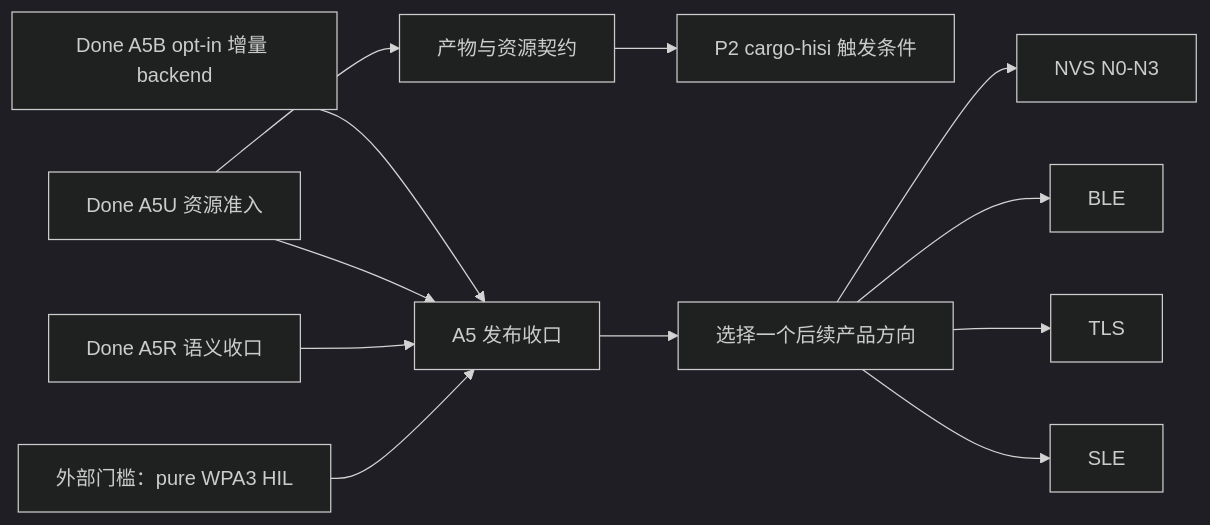
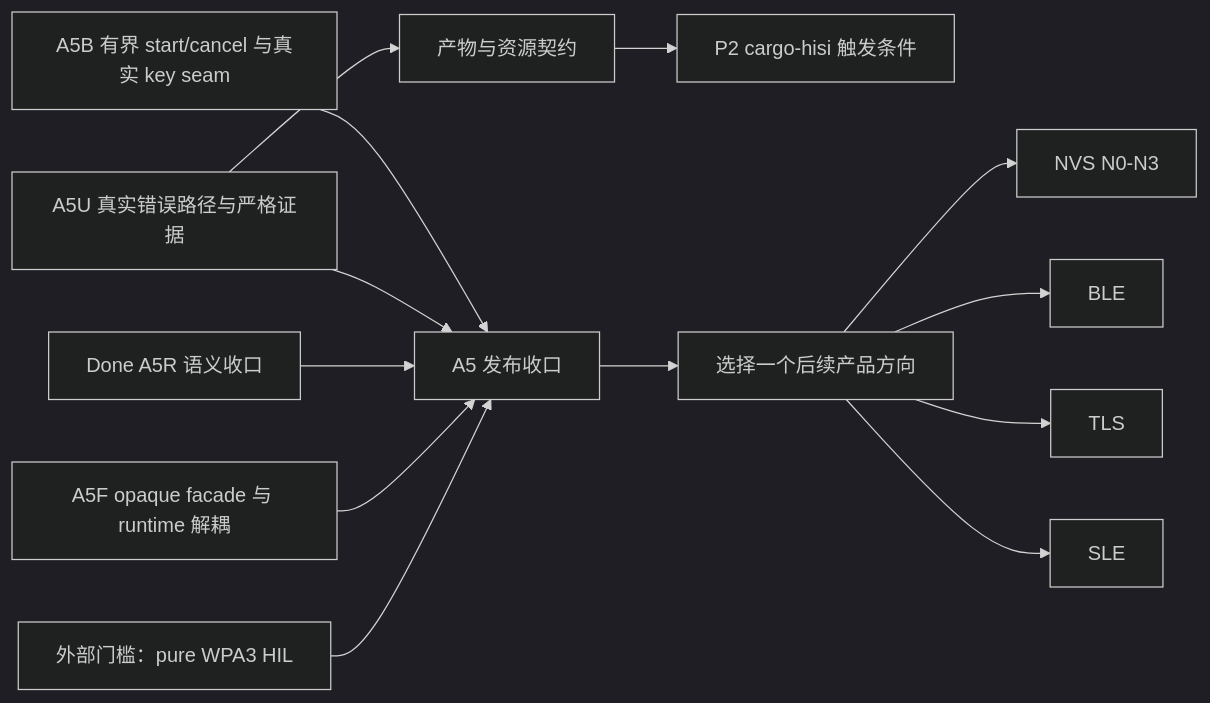
Before and after one commit to hispark-rs/hisi-riscv-rs: the diagram in docs/plan/README.md, drawn with Mermaid (dark theme). The commit also changed other lines of this file and 5 other files, not shown here.

````diff
--- a/docs/plan/README.md
+++ b/docs/plan/README.md
@@ -41,14 +41,15 @@
 ```mermaid
 flowchart LR
-    A5B["Done A5B opt-in 增量 backend"] --> A5["A5 发布收口"]
-    A5U["Done A5U 资源准入"] --> A5
+    A5B["A5B 有界 start/cancel 与真实 key seam"] --> A5["A5 发布收口"]
+    A5U["A5U 真实错误路径与严格证据"] --> A5
     A5U --> REPORT["产物与资源契约"]
     REPORT --> CLI["P2 cargo-hisi 触发条件"]
     A5R["Done A5R 语义收口"] --> A5
+    A5F["A5F opaque facade 与 runtime 解耦"] --> A5
     WPA3["外部门槛：pure WPA3 HIL"] --> A5
     A5 --> PRODUCT["选择一个后续产品方向"]
     PRODUCT --> NVS["NVS N0-N3"]
     PRODUCT --> BLE["BLE"]
     PRODUCT --> TLS["TLS"]
     PRODUCT --> SLE["SLE"]
 ```
````
